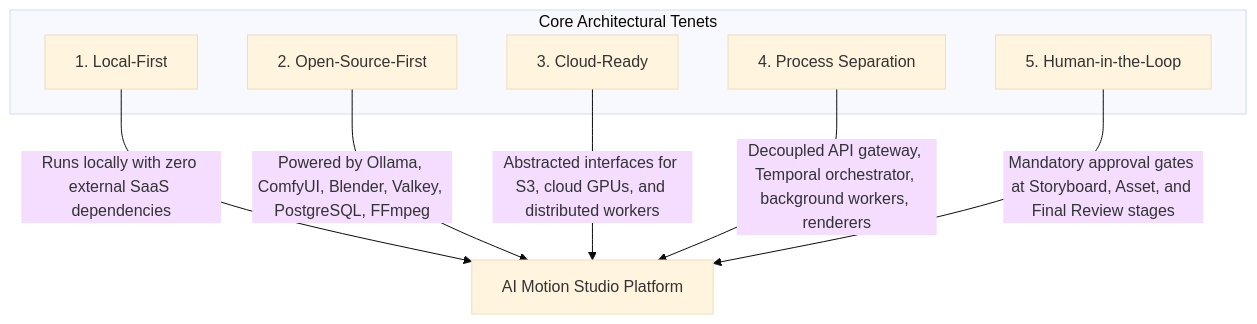
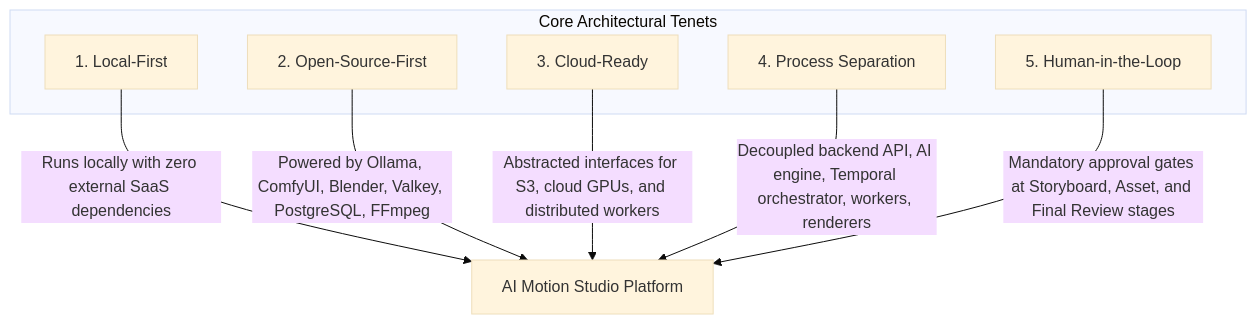
One commit to hoanglong2206/Video-Tool changed the first of 3 diagrams in docs/architecture/SYSTEM_ARCHITECTURE.md. Above: the diagram before and after it, drawn with Mermaid (base theme). The commit also changed other lines of this file and 9 other files, not shown here.

Commit message:
docs(server): update documentation system for server/ai-engine and server/backend split

````diff
--- a/docs/architecture/SYSTEM_ARCHITECTURE.md
+++ b/docs/architecture/SYSTEM_ARCHITECTURE.md
@@ -19,16 +19,16 @@
 ```mermaid
 flowchart TD
     subgraph Principles ["Core Architectural Tenets"]
         LF["1. Local-First"]
         OS["2. Open-Source-First"]
         CR["3. Cloud-Ready"]
         PS["4. Process Separation"]
         HL["5. Human-in-the-Loop"]
     end
 
     LF -->|Runs locally with zero external SaaS dependencies| System["AI Motion Studio Platform"]
     OS -->|Powered by Ollama, ComfyUI, Blender, Valkey, PostgreSQL, FFmpeg| System
     CR -->|Abstracted interfaces for S3, cloud GPUs, and distributed workers| System
-    PS -->|Decoupled API gateway, Temporal orchestrator, background workers, renderers| System
+    PS -->|Decoupled backend API, AI engine, Temporal orchestrator, workers, renderers| System
     HL -->|Mandatory approval gates at Storyboard, Asset, and Final Review stages| System
 ```
````
